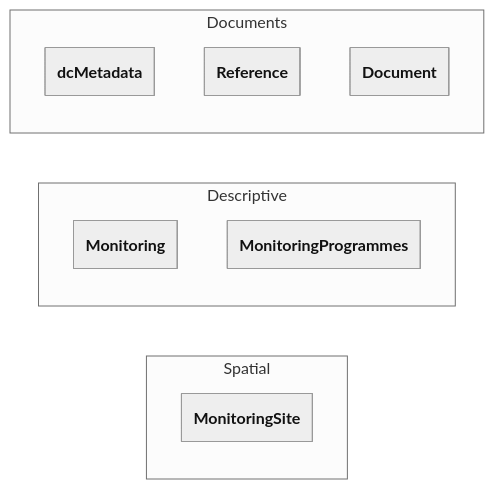
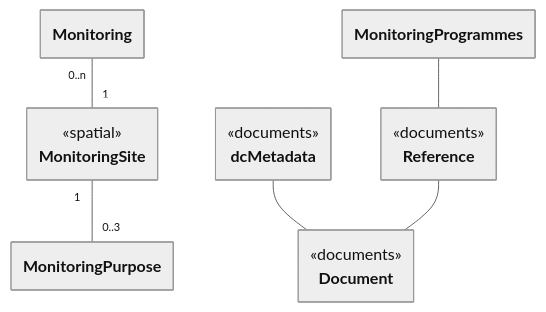
The diagram in docs/DataModelReview/mmd/Monitoring_4thCycle_Overview_ClassDiagram.mmd (eeadata/WISE.WFD.Documentation), drawn with Mermaid before and after one commit. The commit also changed 4 other files, not shown here.

```diff
--- a/docs/DataModelReview/mmd/Monitoring_4thCycle_Overview_ClassDiagram.mmd
+++ b/docs/DataModelReview/mmd/Monitoring_4thCycle_Overview_ClassDiagram.mmd
@@ -1,27 +1,24 @@
 ---
 config:
   class:
     hideEmptyMembersBox: true
   layout: dagre
   theme: neutral
 ---
 classDiagram
-direction LR
-namespace Documents {
-    class dcMetadata {
-    }
-    class Reference {
-    }
-    class Document {
-    }
-}
-namespace Descriptive {
-    class Monitoring{
-}
-    class MonitoringProgrammes{
-}
-}
-namespace Spatial {
-    class MonitoringSite{
-}
-}
+direction TB
+
+class dcMetadata{<<documents>>}
+class Reference{<<documents>>}
+class Document {<<documents>>}
+class Monitoring{}
+class MonitoringPurpose{}
+class MonitoringProgrammes{}
+class MonitoringSite{<<spatial>>}
+
+dcMetadata -- Document
+Reference -- Document
+MonitoringProgrammes -- Reference 
+
+MonitoringSite "1" -- "0..3" MonitoringPurpose 
+Monitoring "0..n"-- "1" MonitoringSite 
```
